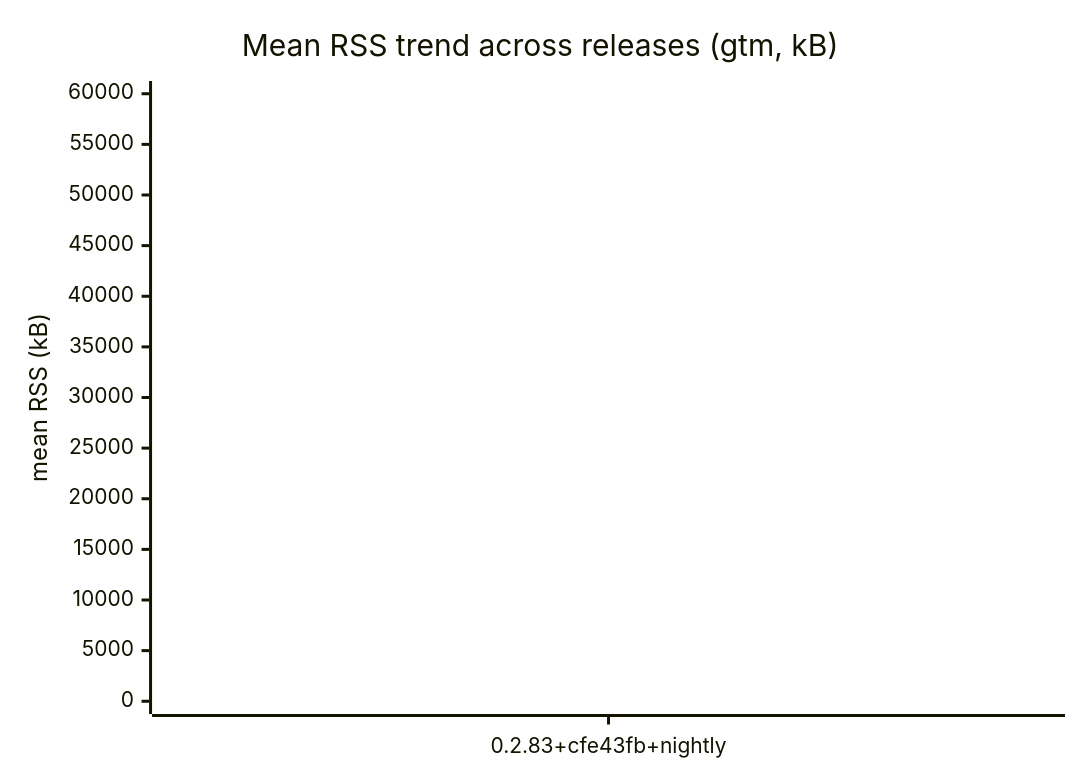
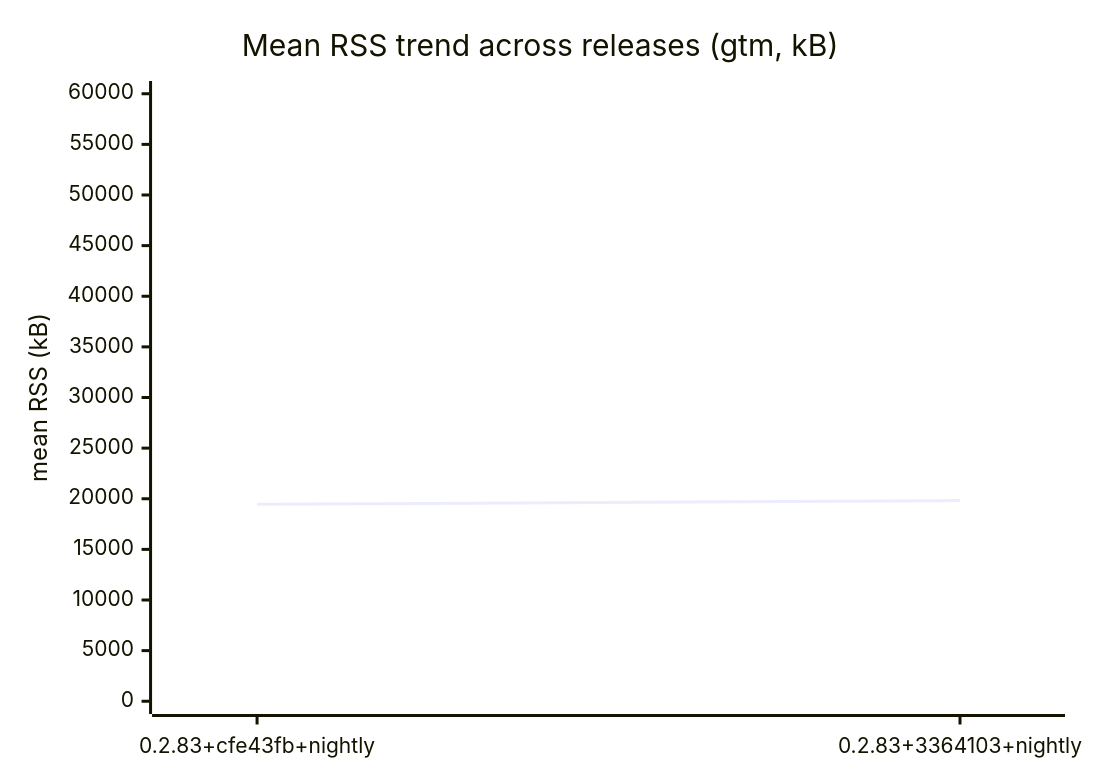
Before and after one commit to prjctimg/gtm.rs: the second of 2 diagrams in BENCHMARK.md, drawn with Mermaid. The commit also changed other lines of this file and 1 other file, not shown here.

Commit message:
bench: results for 0.2.83+3364103+nightly [skip nightly]

````diff
--- a/BENCHMARK.md
+++ b/BENCHMARK.md
@@ -37,7 +37,7 @@
 ```mermaid
 xychart-beta
   title "Mean RSS trend across releases (gtm, kB)"
-  x-axis [0.2.83+cfe43fb+nightly]
+  x-axis [0.2.83+cfe43fb+nightly, 0.2.83+3364103+nightly]
   y-axis "mean RSS (kB)" 0 --> 60000
-  line [19449]
+  line [19449,19817]
 ```
````
